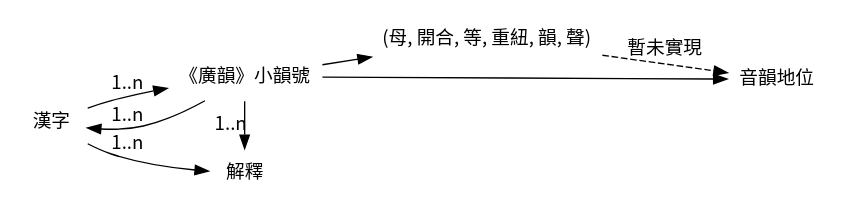
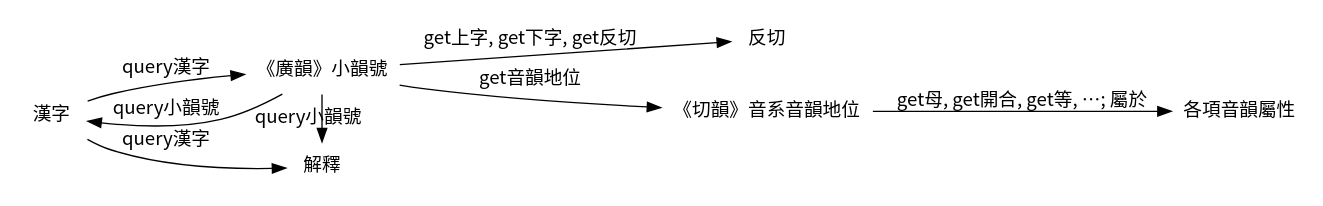
The diagram in demo/qieyun-js.dot (nk2028/tshet-uinh-js), drawn with Graphviz before and after one commit. The commit also changed 7 other files, not shown here.

```diff
--- a/demo/qieyun-js.dot
+++ b/demo/qieyun-js.dot
@@ -1,19 +1,19 @@
 digraph {
     graph [fontname="Noto Sans CJK HK"]
     node [fontname="Noto Sans CJK HK"]
     edge [fontname="Noto Sans CJK HK"]
     node [shape=plaintext]
     rankdir=LR
-    漢字 -> 《廣韻》小韻號 [label="1..n"]
-    漢字 -> 解釋 [label="1..n"]
-    《廣韻》小韻號 -> 漢字 [label="1..n"]
-    《廣韻》小韻號 -> 解釋 [label="1..n"]
-    《廣韻》小韻號 -> "(母, 開合, 等, 重紐, 韻, 聲)"
-    "(母, 開合, 等, 重紐, 韻, 聲)" -> 音韻地位 [style=dashed, label="暫未實現"]
-    《廣韻》小韻號 -> 音韻地位
+    漢字 -> 《廣韻》小韻號 [label="query漢字"]
+    漢字 -> 解釋 [label="query漢字"]
+    《廣韻》小韻號 -> 漢字 [label="query小韻號"]
+    《廣韻》小韻號 -> 解釋 [label="query小韻號"]
+    《廣韻》小韻號 -> 反切 [label="get上字, get下字, get反切"]
+    《廣韻》小韻號 -> 《切韻》音系音韻地位 [label="get音韻地位"]
+    《切韻》音系音韻地位 -> 各項音韻屬性 [label="get母, get開合, get等, …; 屬於"]
     subgraph subs {
         rank=same
         《廣韻》小韻號
         解釋
     }
 }
```
